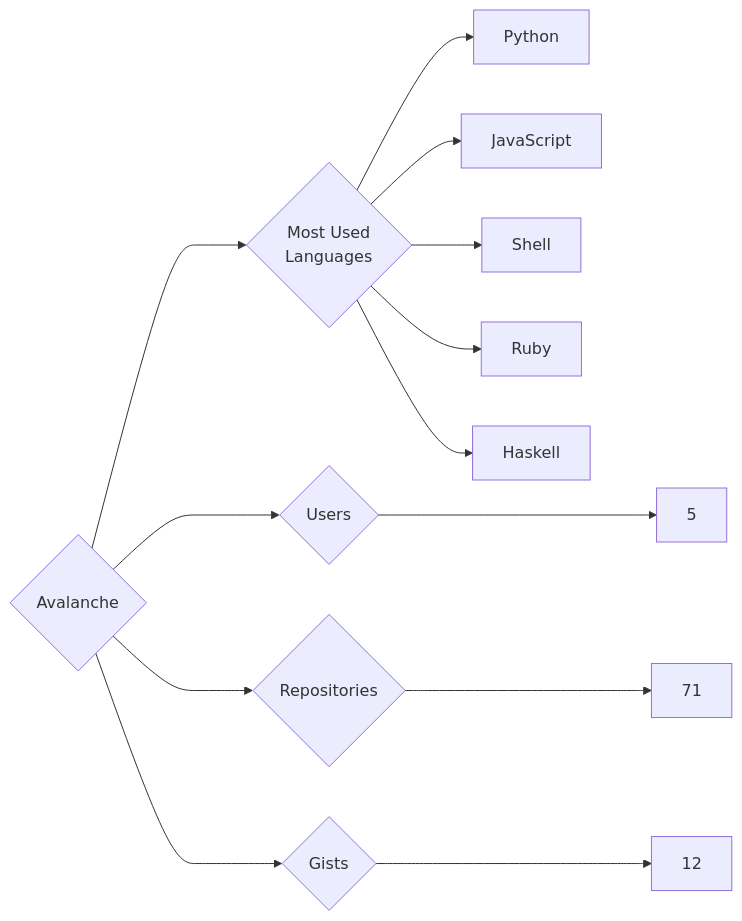
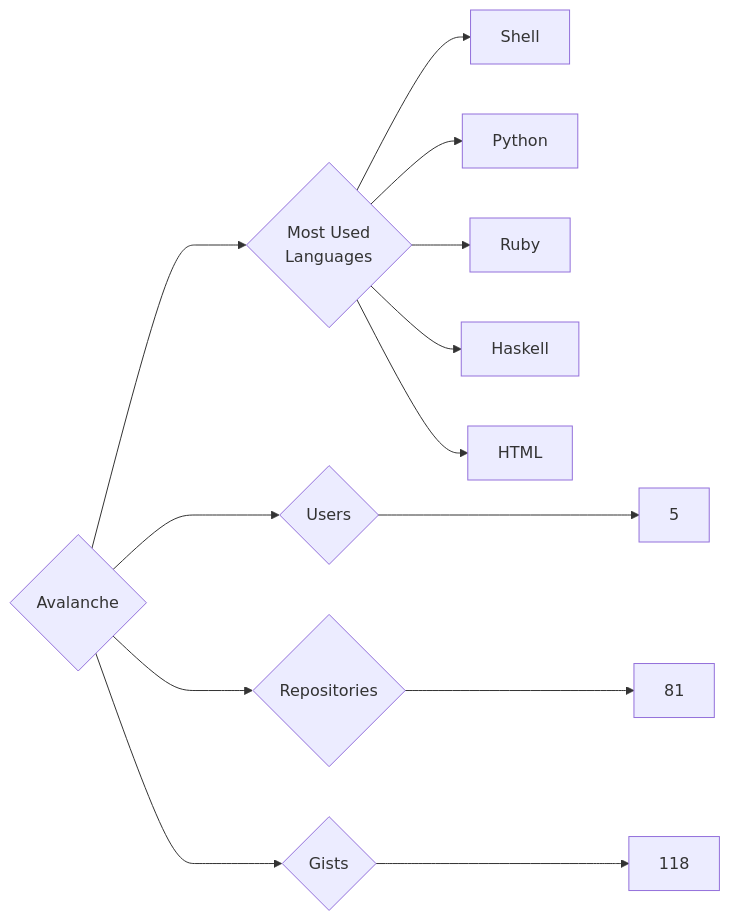
One commit to trickest/insiders changed the diagram in targets/Avalanche/README.md. Above: the diagram before and after it, drawn with Mermaid. The commit also changed 933 other files, not shown here.

````diff
--- a/targets/Avalanche/README.md
+++ b/targets/Avalanche/README.md
@@ -3,13 +3,13 @@
 ```mermaid
 graph LR
 COMPANY_NAME{Avalanche}
 COMPANY_NAME ---> U{Users} ---> UN[5]
-COMPANY_NAME ---> R{Repositories} ---> RN[71]
-COMPANY_NAME ---> G{Gists} ---> GN[12]
+COMPANY_NAME ---> R{Repositories} ---> RN[81]
+COMPANY_NAME ---> G{Gists} ---> GN[118]
 COMPANY_NAME ---> ML{Most Used<br>Languages}
+ML --> Shell[Shell]
 ML --> Python[Python]
-ML --> JavaScript[JavaScript]
-ML --> Shell[Shell]
 ML --> Ruby[Ruby]
 ML --> Haskell[Haskell]
+ML --> HTML[HTML]
 ```
````
